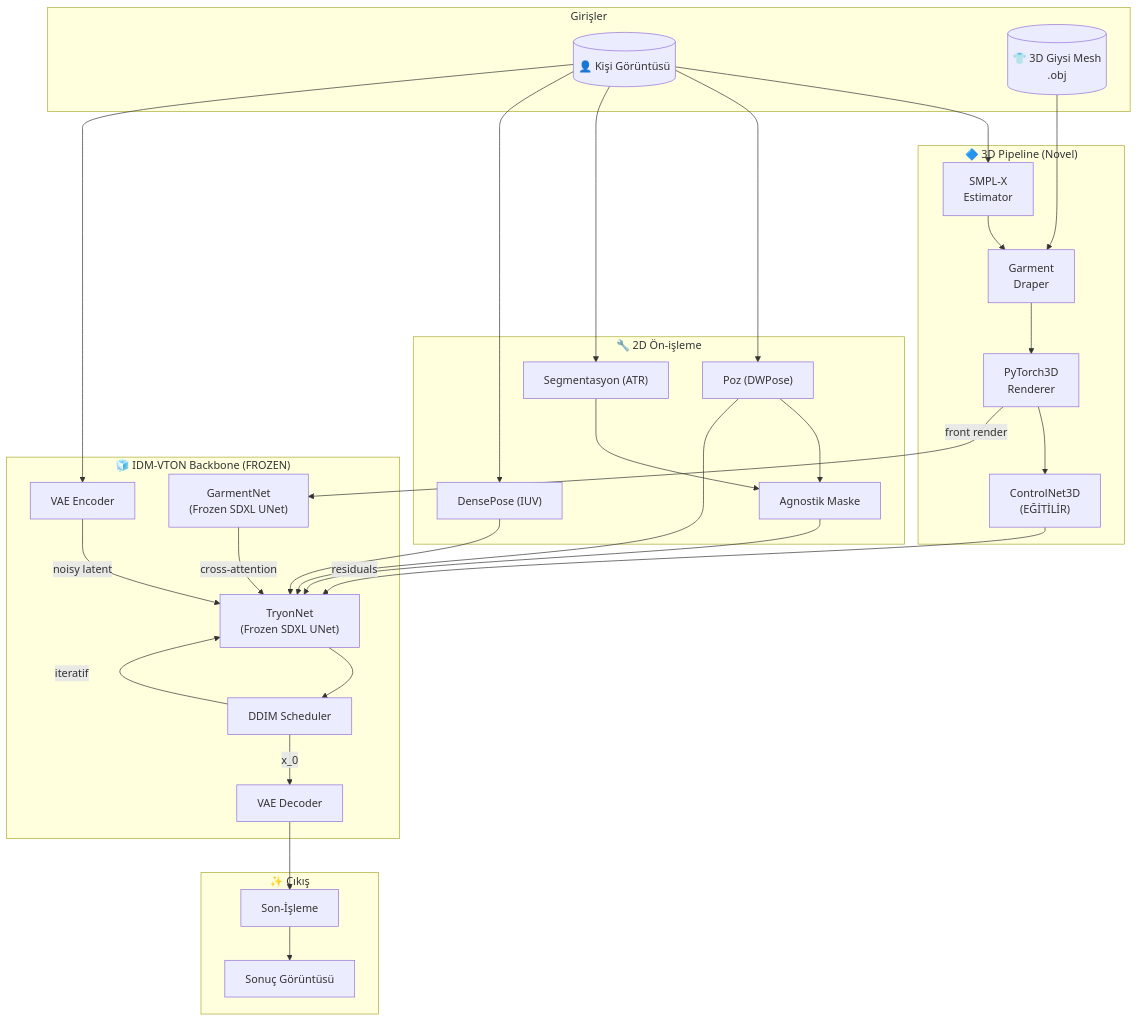
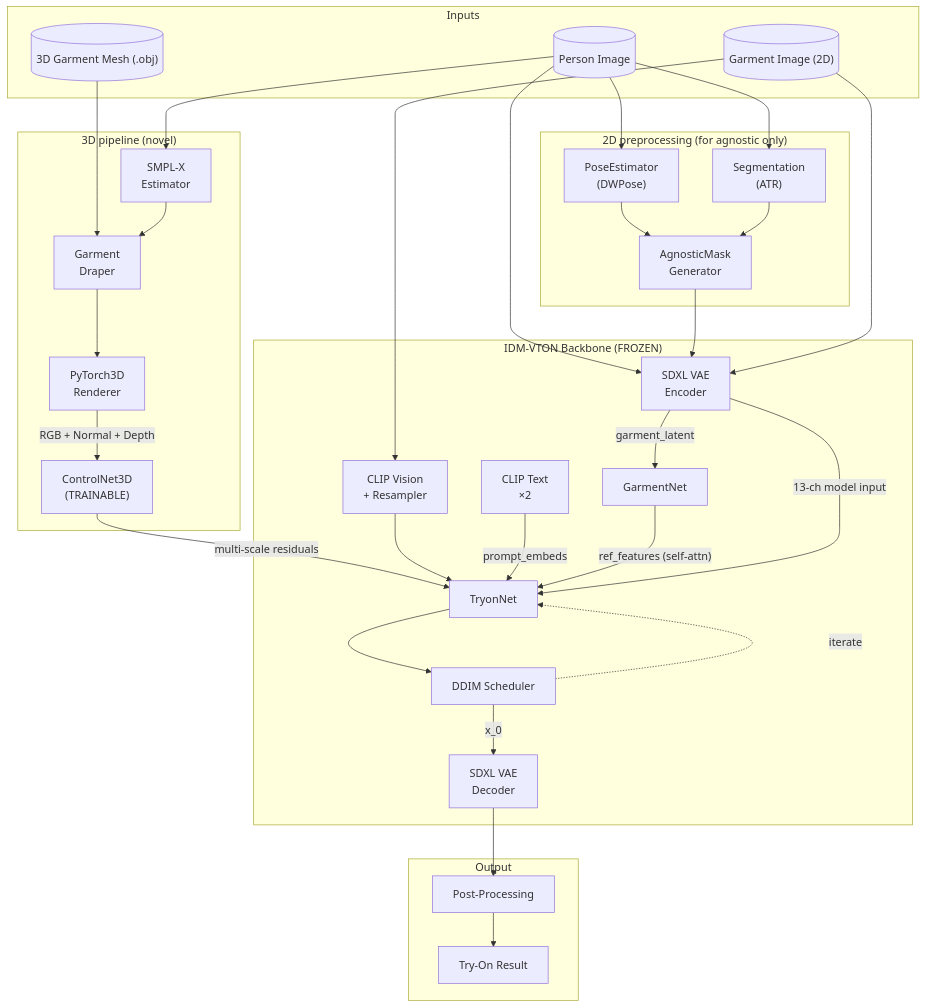
Before and after one commit to SerhanTelatar/MeshVTON: the first of 2 diagrams in docs/ARCHITECTURE.md, drawn with Mermaid. The commit also changed other lines of this file and 30 other files, not shown here.

````diff
--- a/docs/ARCHITECTURE.md
+++ b/docs/ARCHITECTURE.md
@@ -486,52 +559,60 @@
 ```mermaid
 graph TD
-    subgraph Girişler
-        PI[("👤 Kişi Görüntüsü")]
-        GM[("👕 3D Giysi Mesh<br/>.obj")]
+    subgraph Inputs
+        PI[("Person Image")]
+        GM[("3D Garment Mesh (.obj)")]
+        GI[("Garment Image (2D)")]
     end
 
-    subgraph Pipeline3D["🔷 3D Pipeline (Novel)"]
+    subgraph Pipeline3D["3D pipeline (novel)"]
         SX["SMPL-X<br/>Estimator"]
         GD["Garment<br/>Draper"]
         MR["PyTorch3D<br/>Renderer"]
-        CN["ControlNet3D<br/>(EĞİTİLİR)"]
+        CN["ControlNet3D<br/>(TRAINABLE)"]
     end
 
-    subgraph Onisleme["🔧 2D Ön-işleme"]
-        PE["Poz (DWPose)"]
-        SEG["Segmentasyon (ATR)"]
-        DP["DensePose (IUV)"]
-        AG["Agnostik Maske"]
+    subgraph Preproc2D["2D preprocessing (for agnostic only)"]
+        PE["PoseEstimator<br/>(DWPose)"]
+        SEG["Segmentation<br/>(ATR)"]
+        AG["AgnosticMask<br/>Generator"]
     end
 
-    subgraph IDMVTON["🧊 IDM-VTON Backbone (FROZEN)"]
-        VAE_E["VAE Encoder"]
-        GN["GarmentNet<br/>(Frozen SDXL UNet)"]
-        TN["TryonNet<br/>(Frozen SDXL UNet)"]
+    subgraph Backbone["IDM-VTON Backbone (FROZEN)"]
+        VAE_E["SDXL VAE<br/>Encoder"]
+        CLIPV["CLIP Vision<br/>+ Resampler"]
+        CLIPT["CLIP Text<br/>×2"]
+        GN["GarmentNet"]
+        TN["TryonNet"]
         SC["DDIM Scheduler"]
-        VAE_D["VAE Decoder"]
+        VAE_D["SDXL VAE<br/>Decoder"]
     end
 
-    subgraph Cikis["✨ Çıkış"]
-        PP["Son-İşleme"]
-        RES["Sonuç Görüntüsü"]
+    subgraph Output
+        PP["Post-Processing"]
+        RES["Try-On Result"]
     end
 
-    PI --> SX --> GD
+    PI --> SX
     GM --> GD
-    GD --> MR --> CN
-    CN -->|"residuals"| TN
+    SX --> GD --> MR
+    MR -->|"RGB + Normal + Depth"| CN
+    CN -->|"multi-scale residuals"| TN
 
-    PI --> PE & SEG & DP
+    PI --> PE & SEG
     PE --> AG
     SEG --> AG
-    AG & PE & DP --> TN
 
-    PI --> VAE_E -->|"noisy latent"| TN
-    MR -->|"front render"| GN -->|"cross-attention"| TN
+    PI --> VAE_E
+    AG --> VAE_E
+    GI --> VAE_E
+    GI --> CLIPV --> TN
+    CLIPT -->|"prompt_embeds"| TN
+
+    VAE_E -->|"garment_latent"| GN -->|"ref_features (self-attn)"| TN
+    VAE_E -->|"13-ch model input"| TN
 
     TN --> SC
-    SC -->|"iteratif"| TN
+    SC -.->|"iterate"| TN
     SC -->|"x_0"| VAE_D
     VAE_D --> PP --> RES
 ```
````
